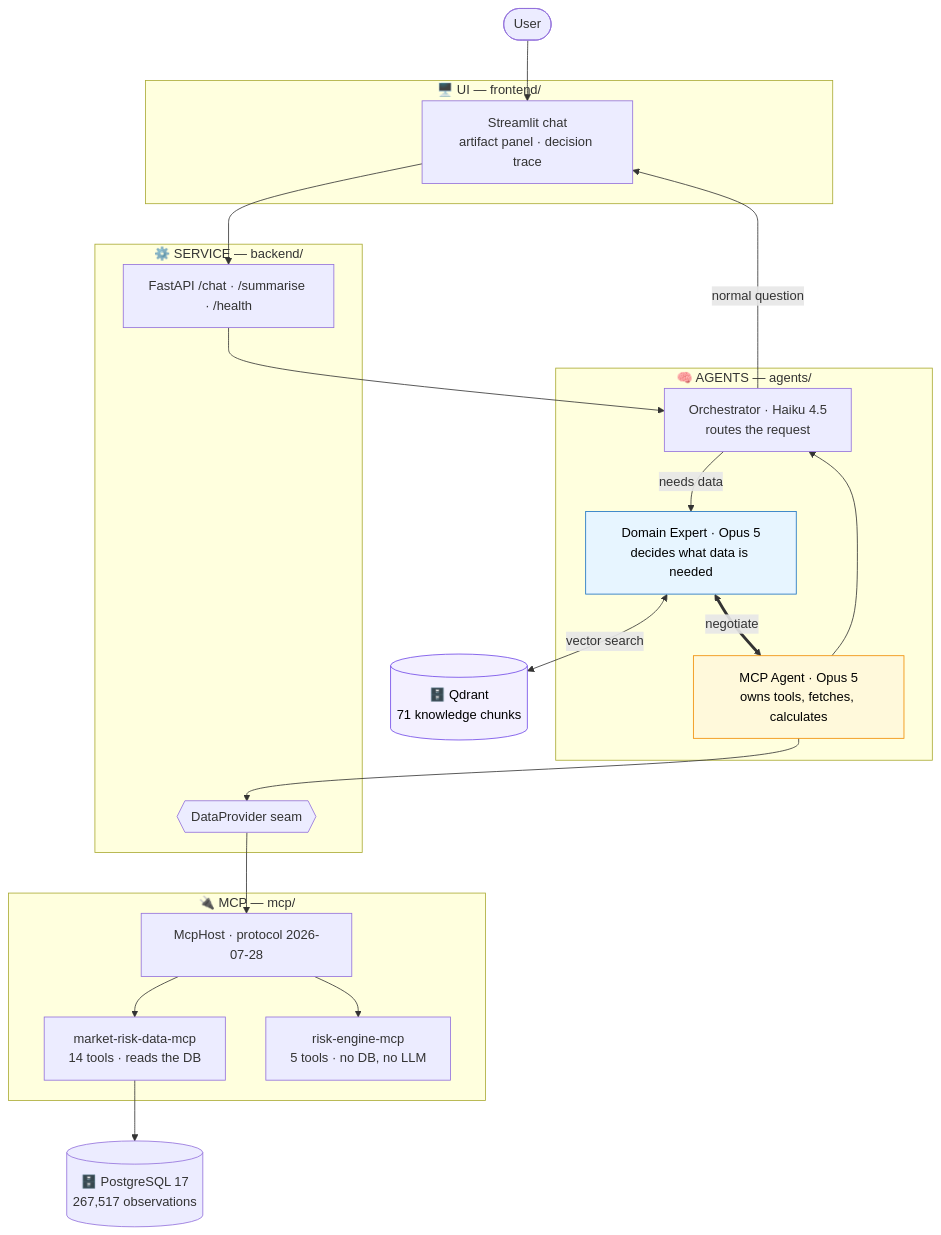
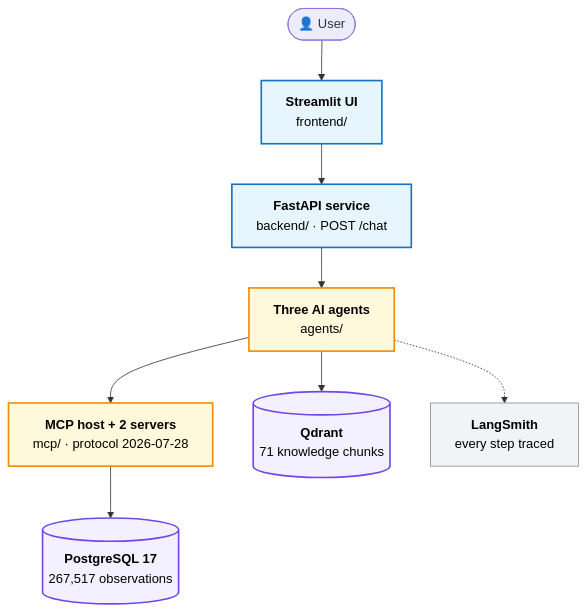
Before and after one commit to KrishnaAnnavaram/semantic-mcp-data-access-gateway: the first of 10 diagrams in README.md, drawn with Mermaid. The commit also changed other lines of this file, not shown here.

````diff
--- a/README.md
+++ b/README.md
@@ -59,42 +68,28 @@
 ```mermaid
-flowchart TD
-    U([User])
+flowchart TB
+    U(["👤 User"])
+    F["<b>Streamlit UI</b><br/>frontend/"]
+    B["<b>FastAPI service</b><br/>backend/ · POST /chat"]
+    A["<b>Three AI agents</b><br/>agents/"]
+    M["<b>MCP host + 2 servers</b><br/>mcp/ · protocol 2026-07-28"]
+    P[("<b>PostgreSQL 17</b><br/>267,517 observations")]
+    Q[("<b>Qdrant</b><br/>71 knowledge chunks")]
+    L["<b>LangSmith</b><br/>every step traced"]
 
-    subgraph UI["🖥️  UI — frontend/"]
-        ST["Streamlit chat<br/>artifact panel · decision trace"]
-    end
+    U --> F
+    F --> B
+    B --> A
+    A --> M
+    M --> P
+    A --> Q
+    A -.-> L
 
-    subgraph AG["🧠  AGENTS — agents/"]
-        ORC["Orchestrator · Haiku 4.5<br/>routes the request"]
-        DOM["Domain Expert · Opus 5<br/>decides what data is needed"]
-        MCPA["MCP Agent · Opus 5<br/>owns tools, fetches, calculates"]
-    end
-
-    subgraph SV["⚙️  SERVICE — backend/"]
-        API["FastAPI /chat · /summarise · /health"]
-        SEAM{{"DataProvider seam"}}
-    end
-
-    subgraph ML["🔌  MCP — mcp/"]
-        HOST["McpHost · protocol 2026-07-28"]
-        DATA["market-risk-data-mcp<br/>14 tools · reads the DB"]
-        RISK["risk-engine-mcp<br/>5 tools · no DB, no LLM"]
-    end
-
-    QD[("🗄️ Qdrant<br/>71 knowledge chunks")]
-    PG[("🗄️ PostgreSQL 17<br/>267,517 observations")]
-
-    U --> ST --> API --> ORC
-    ORC -->|"normal question"| ST
-    ORC -->|"needs data"| DOM
-    DOM <-->|"vector search"| QD
-    DOM <==>|"negotiate"| MCPA
-    MCPA --> SEAM --> HOST
-    HOST --> DATA --> PG
-    HOST --> RISK
-    MCPA --> ORC
-
-    style DOM fill:#e7f5ff,stroke:#1971c2,color:#000
-    style MCPA fill:#fff9db,stroke:#f08c00,color:#000
-    style QD fill:#f3f0ff,stroke:#7048e8,color:#000
+    classDef ui fill:#e7f5ff,stroke:#1971c2,stroke-width:2px,color:#000
+    classDef agent fill:#fff9db,stroke:#f08c00,stroke-width:2px,color:#000
+    classDef store fill:#f3f0ff,stroke:#7048e8,stroke-width:2px,color:#000
+    classDef obs fill:#f1f3f5,stroke:#868e96,color:#000
+    class F,B ui
+    class A,M agent
+    class P,Q store
+    class L obs
 ```
````
